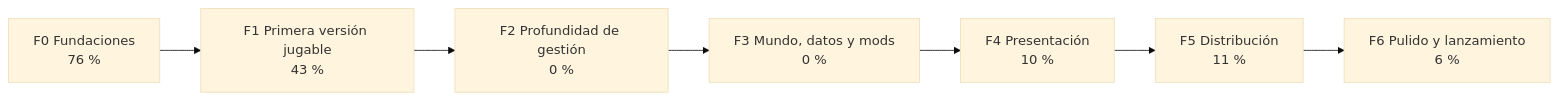
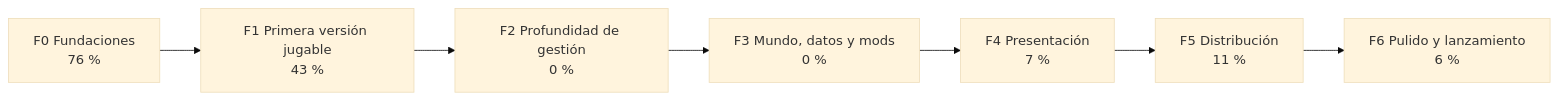
One commit to dariogea/BM27 changed the first of 2 diagrams in README.md. Above: the diagram before and after it, drawn with Mermaid (base theme). The commit also changed other lines of this file and 4 other files, not shown here.

````diff
--- a/README.md
+++ b/README.md
@@ -69,11 +69,11 @@
 ```mermaid
 flowchart LR
   F0["F0 Fundaciones<br/>76 %"]
   F1["F1 Primera versión jugable<br/>43 %"]
   F2["F2 Profundidad de gestión<br/>0 %"]
   F3["F3 Mundo, datos y mods<br/>0 %"]
-  F4["F4 Presentación<br/>10 %"]
+  F4["F4 Presentación<br/>7 %"]
   F5["F5 Distribución<br/>11 %"]
   F6["F6 Pulido y lanzamiento<br/>6 %"]
   F0 --> F1 --> F2 --> F3 --> F4 --> F5 --> F6
 ```
````
